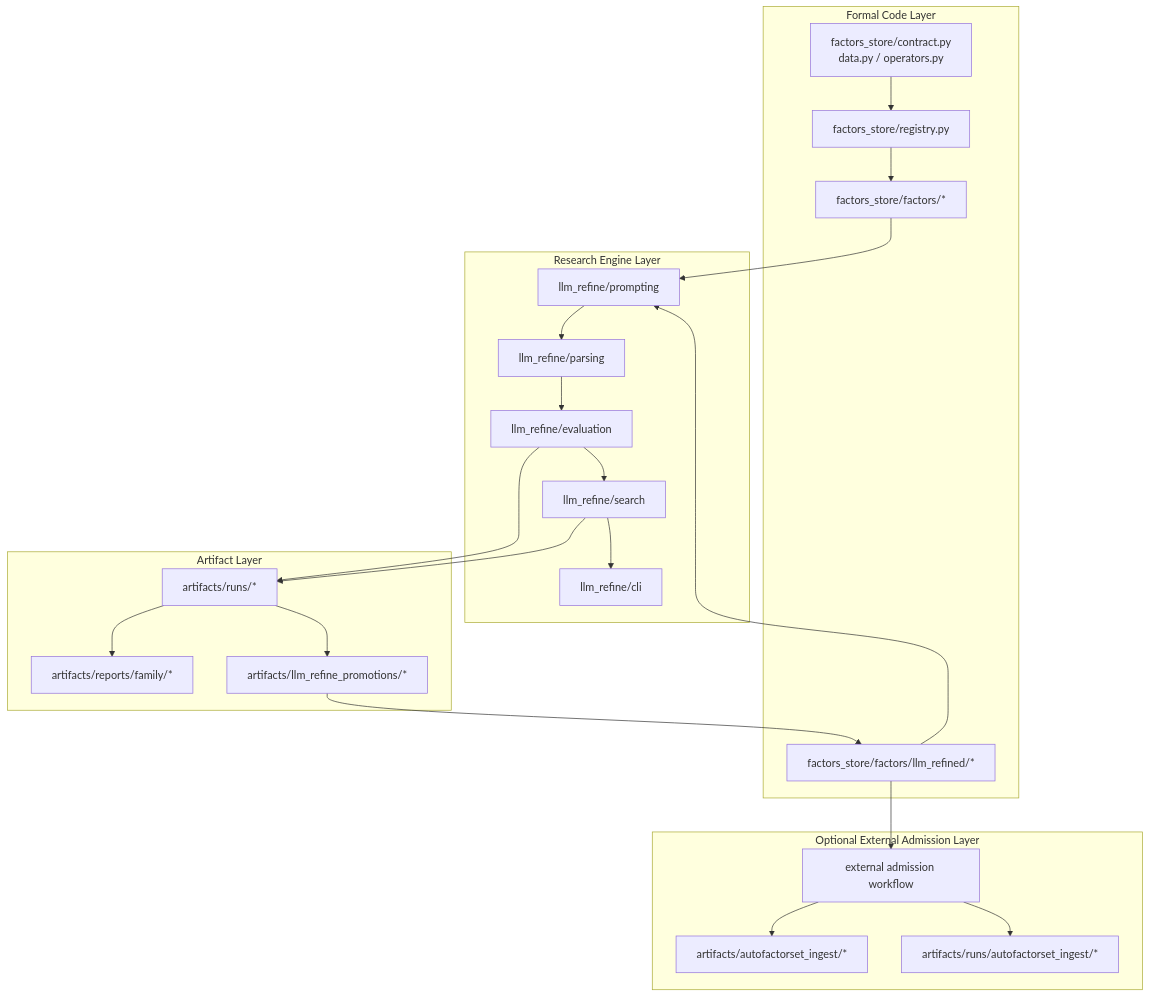
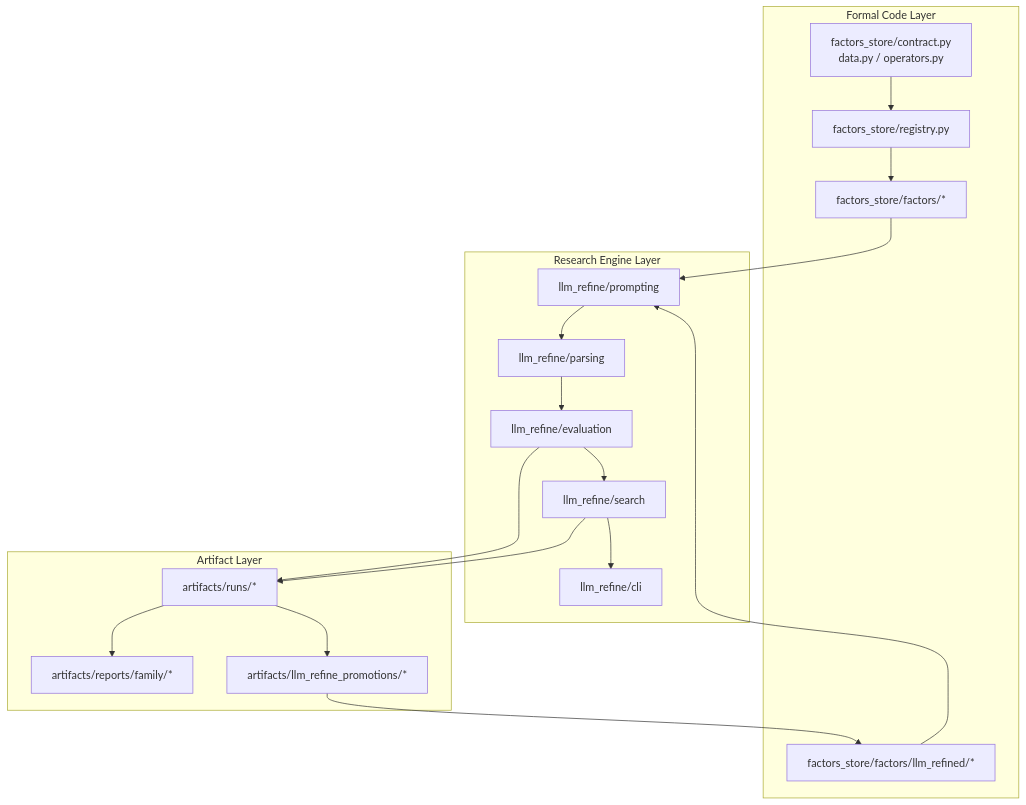
Before and after one commit to zhangxinyue1017/AlphaRefinery: the second of 3 diagrams in README.md, drawn with Mermaid. The commit also changed other lines of this file and 10 other files, not shown here.

````diff
--- a/README.md
+++ b/README.md
@@ -166,46 +166,37 @@
 ```mermaid
 graph TD
     subgraph Code["Formal Code Layer"]
         A1["factors_store/contract.py<br/>data.py / operators.py"]
         A2["factors_store/registry.py"]
         A3["factors_store/factors/*"]
         A4["factors_store/factors/llm_refined/*"]
     end
 
     subgraph Refine["Research Engine Layer"]
         B1["llm_refine/prompting"]
         B2["llm_refine/parsing"]
         B3["llm_refine/evaluation"]
         B4["llm_refine/search"]
         B5["llm_refine/cli"]
     end
 
     subgraph Artifact["Artifact Layer"]
         C1["artifacts/runs/*"]
         C2["artifacts/reports/family/*"]
         C3["artifacts/llm_refine_promotions/*"]
     end
 
-    subgraph Admission["Optional External Admission Layer"]
-        D1["external admission workflow"]
-        D2["artifacts/autofactorset_ingest/*"]
-        D3["artifacts/runs/autofactorset_ingest/*"]
-    end
-
     A1 --> A2
     A2 --> A3
     B1 --> B2
     B2 --> B3
     B3 --> B4
     B4 --> B5
     A3 --> B1
     A4 --> B1
     B3 --> C1
     B4 --> C1
     C1 --> C2
     C1 --> C3
     C3 --> A4
-    A4 --> D1
-    D1 --> D2
-    D1 --> D3
 ```
````
